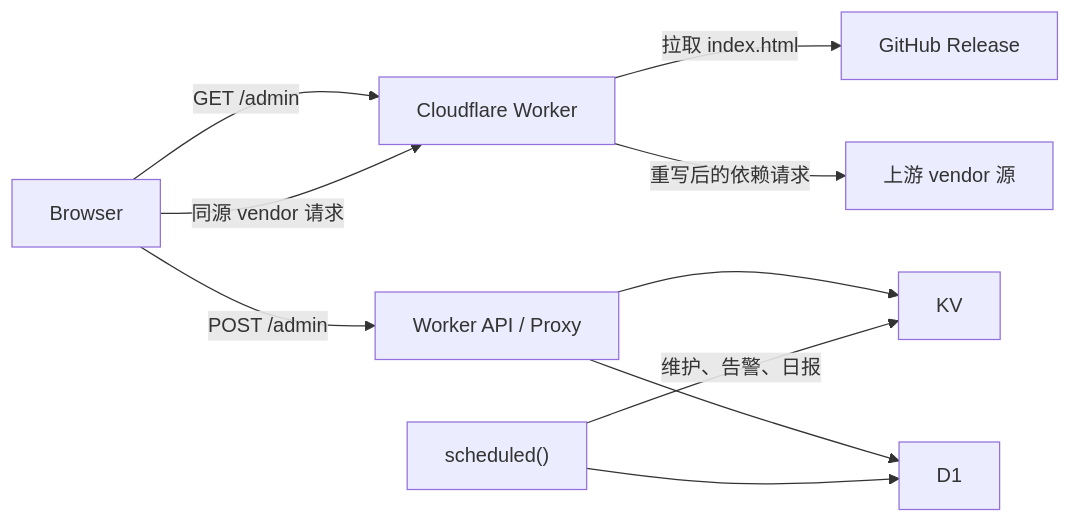
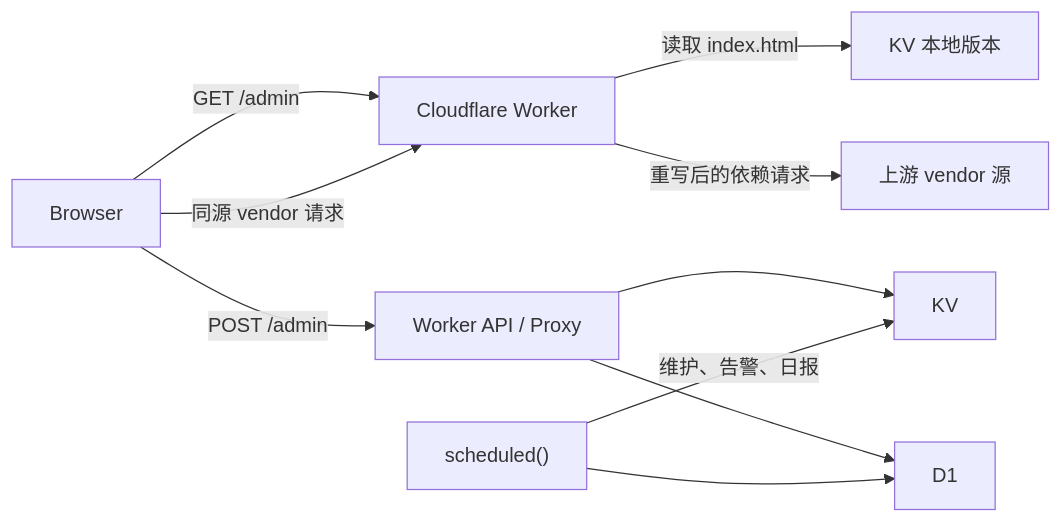
Before and after one commit to DamoDamo8/CF-EMBY-PROXY-UI: the diagram in docs/architecture.md, drawn with Mermaid. The commit also changed other lines of this file and 14 other files, not shown here.

````diff
--- a/docs/architecture.md
+++ b/docs/architecture.md
@@ -11,12 +11,12 @@
 ```mermaid
 flowchart LR
   browser["Browser"] -->|"GET /admin"| worker["Cloudflare Worker"]
-  worker -->|"拉取 index.html"| release["GitHub Release"]
+  worker -->|"读取 index.html"| localIndex["KV 本地版本"]
   browser -->|"同源 vendor 请求"| worker
   worker -->|"重写后的依赖请求"| vendor["上游 vendor 源"]
   browser -->|"POST /admin"| api["Worker API / Proxy"]
   api --> kv["KV"]
   api --> d1["D1"]
   scheduled["scheduled()"] -->|"维护、告警、日报"| kv
   scheduled --> d1
 ```
````
